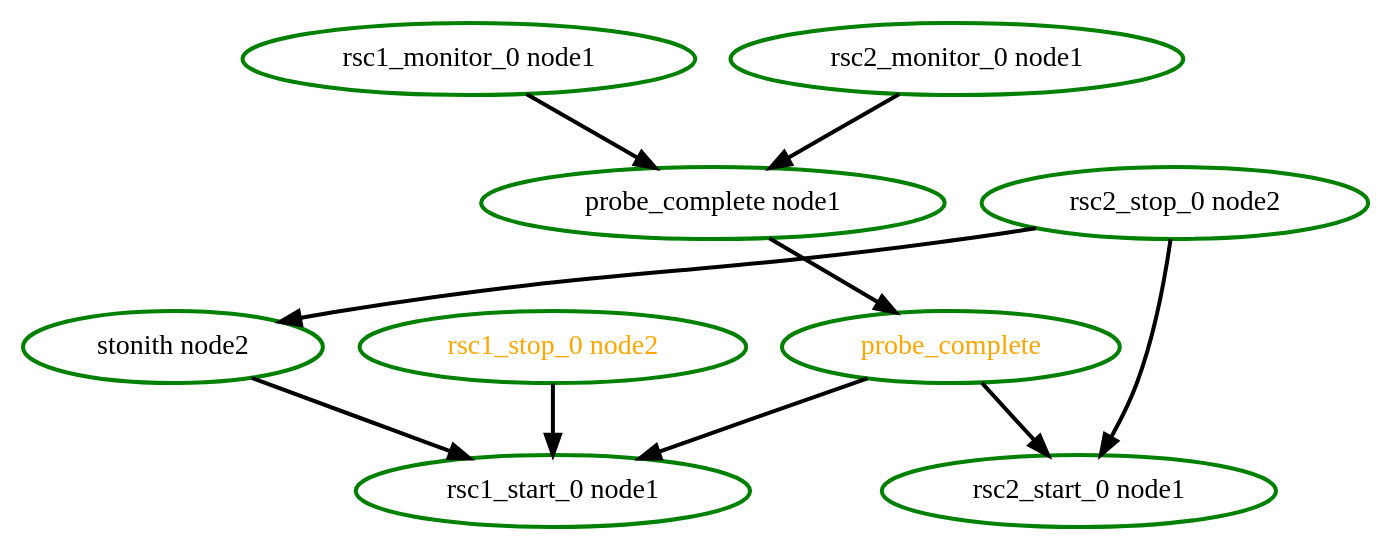
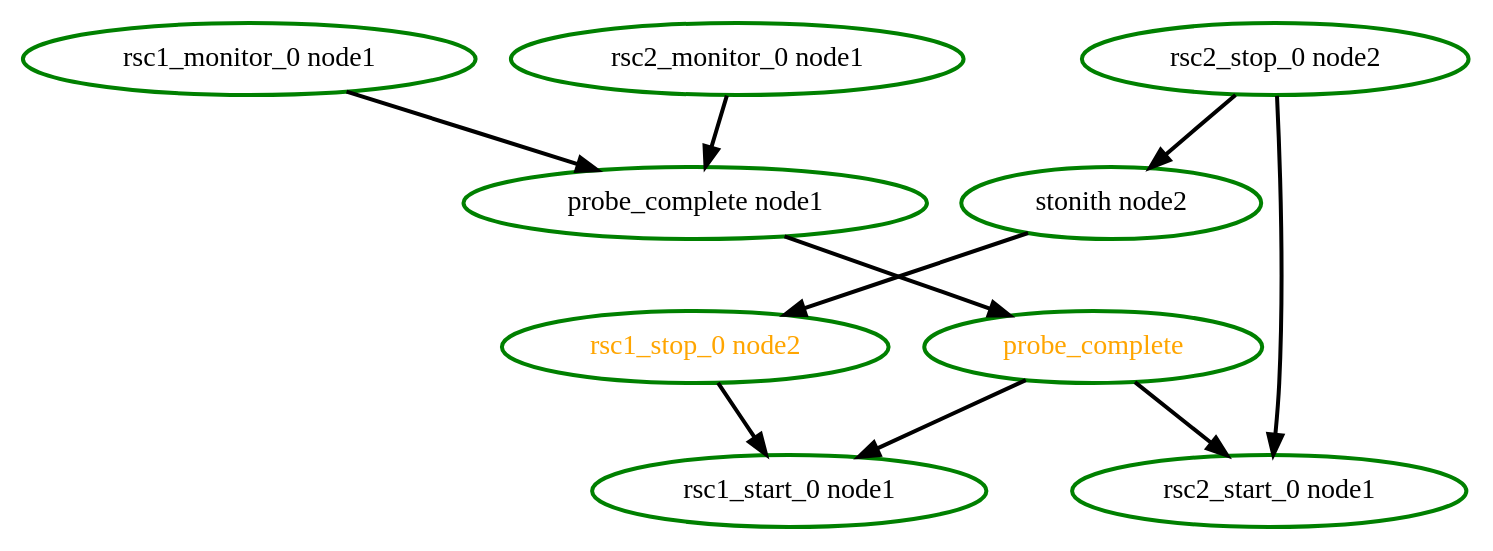
Before and after one commit to richiewen8/heartbeat: the diagram in crm/pengine/testcases/rec-rsc-5.dot, drawn with Graphviz. The commit also changed 15 other files, not shown here.

```diff
--- a/crm/pengine/testcases/rec-rsc-5.dot
+++ b/crm/pengine/testcases/rec-rsc-5.dot
@@ -1,21 +1,21 @@
 digraph "g" {
 	size = "30,30"
 "rsc1_stop_0 node2" [ style=bold color="green" fontcolor="orange" ]
 "probe_complete" [ style=bold color="green" fontcolor="orange" ]
 "probe_complete node1" [ style=bold color="green" fontcolor="black" ]
 "rsc1_monitor_0 node1" [ style=bold color="green" fontcolor="black" ]
 "rsc2_monitor_0 node1" [ style=bold color="green" fontcolor="black" ]
 "rsc1_start_0 node1" [ style=bold color="green" fontcolor="black" ]
 "rsc2_stop_0 node2" [ style=bold color="green" fontcolor="black" ]
 "rsc2_start_0 node1" [ style=bold color="green" fontcolor="black" ]
 "stonith node2" [ style=bold color="green" fontcolor="black" ]
+"stonith node2" -> "rsc1_stop_0 node2" [ style = bold]
 "probe_complete node1" -> "probe_complete" [ style = bold]
 "rsc1_monitor_0 node1" -> "probe_complete node1" [ style = bold]
 "rsc2_monitor_0 node1" -> "probe_complete node1" [ style = bold]
 "rsc1_stop_0 node2" -> "rsc1_start_0 node1" [ style = bold]
 "probe_complete" -> "rsc1_start_0 node1" [ style = bold]
-"stonith node2" -> "rsc1_start_0 node1" [ style = bold]
 "probe_complete" -> "rsc2_start_0 node1" [ style = bold]
 "rsc2_stop_0 node2" -> "rsc2_start_0 node1" [ style = bold]
 "rsc2_stop_0 node2" -> "stonith node2" [ style = bold]
 }
```
